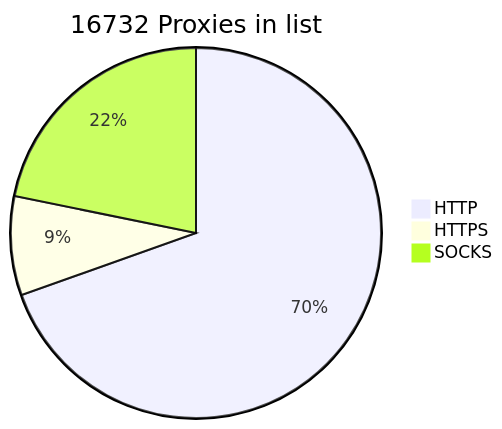
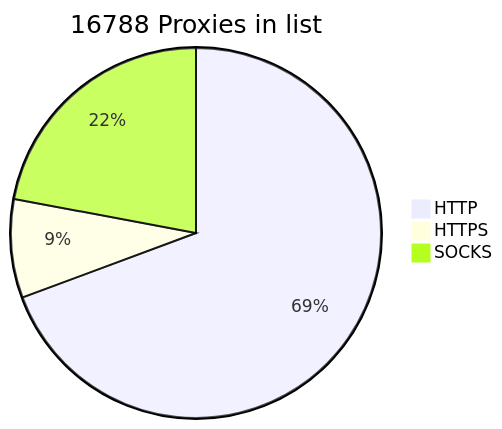
One commit to BlackSnowDot/proxylist-update-every-minute changed the diagram in README.md. Above: the diagram before and after it, drawn with Mermaid. The commit also changed other lines of this file, not shown here.

````diff
--- a/README.md
+++ b/README.md
@@ -2,6 +2,6 @@
 ```mermaid
-pie title 16732 Proxies in list
+pie title 16788 Proxies in list
     "HTTP" : 11955
     "HTTPS": 1484
-    "SOCKS" : 3746
+    "SOCKS" : 3802
 ```
````
